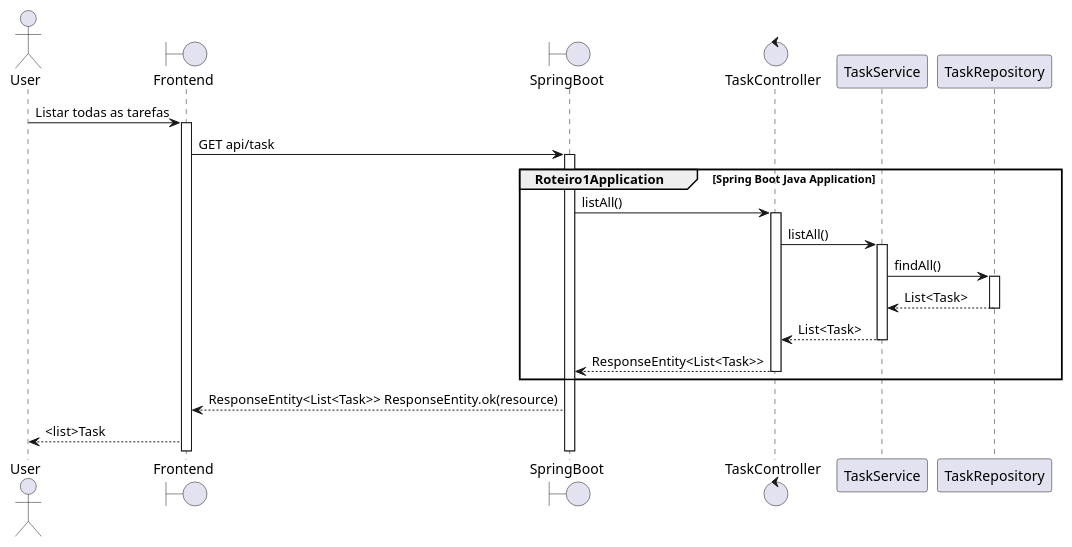
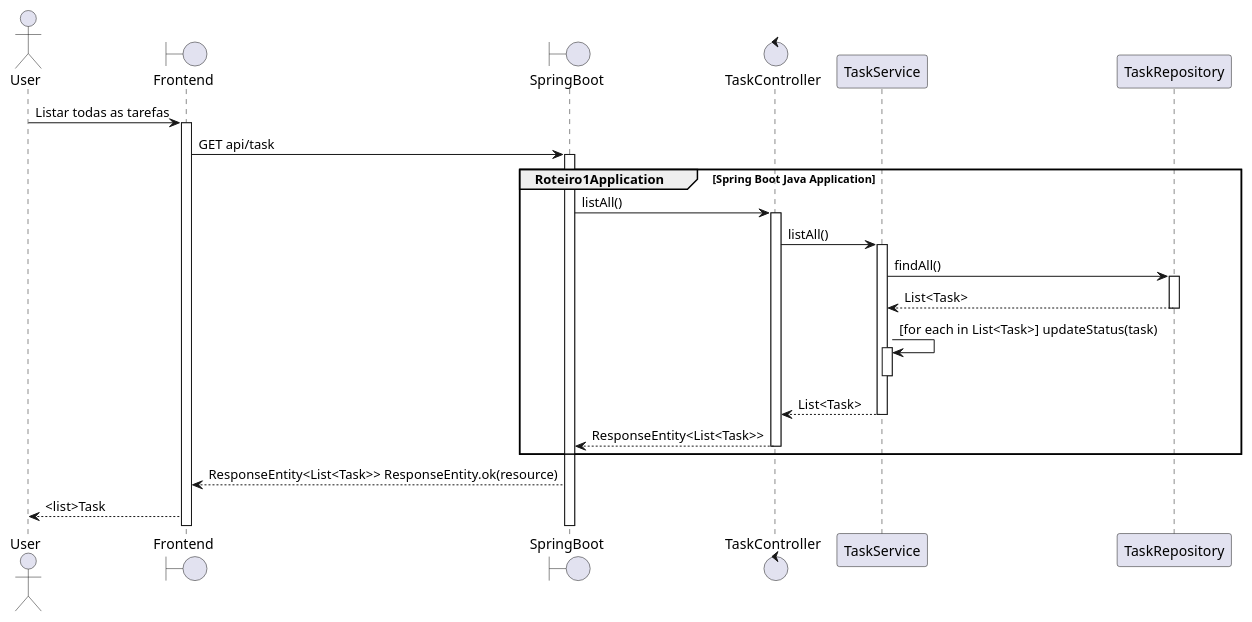
One commit to luccaovf/LabSoftware changed the diagram in docs/diagramas_sequencia/getAll.puml. Above: the diagram before and after it, drawn with PlantUML.

```diff
--- a/docs/diagramas_sequencia/getAll.puml
+++ b/docs/diagramas_sequencia/getAll.puml
@@ -1,28 +1,31 @@
 @startuml
 actor User
 Boundary Frontend
 Boundary SpringBoot
 Control TaskController
 Participant TaskService
 Participant TaskRepository
 User -> Frontend: Listar todas as tarefas
 activate Frontend
 Frontend -> SpringBoot: GET api/task
 group Roteiro1Application [Spring Boot Java Application]
 activate SpringBoot
 SpringBoot -> TaskController: listAll()
 activate TaskController
 TaskController -> TaskService: listAll()
 activate TaskService
 TaskService -> TaskRepository: findAll()
 activate TaskRepository
 TaskRepository --> TaskService: List<Task>
 deactivate TaskRepository
+TaskService -> TaskService: [for each in List<Task>] updateStatus(task)
+activate TaskService
+deactivate TaskService
 TaskService --> TaskController: List<Task>
 deactivate TaskService
 TaskController --> SpringBoot: ResponseEntity<List<Task>>
 deactivate TaskController
 end
 SpringBoot --> Frontend : ResponseEntity<List<Task>> ResponseEntity.ok(resource)
 Frontend --> User: <list>Task
 @enduml
```
